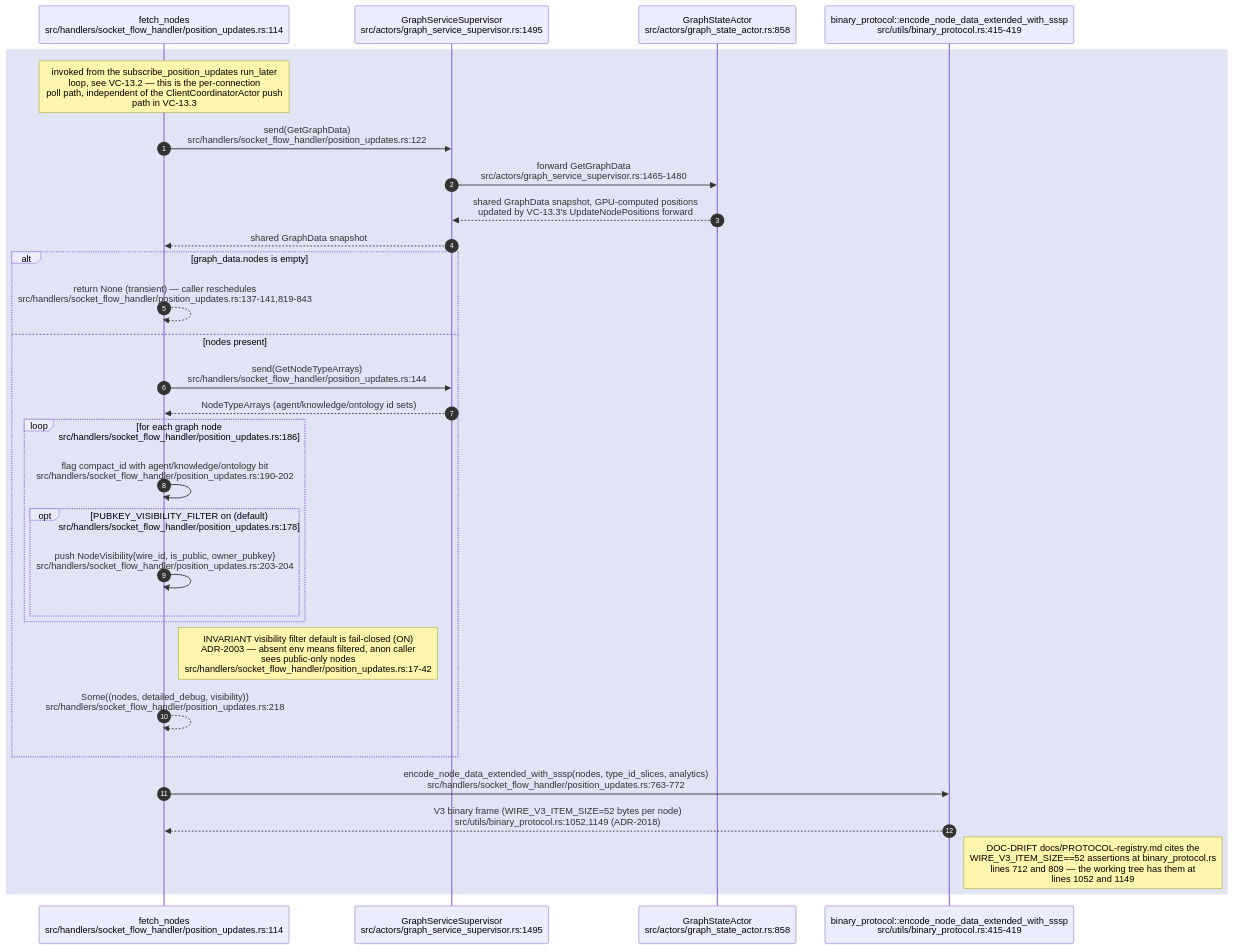
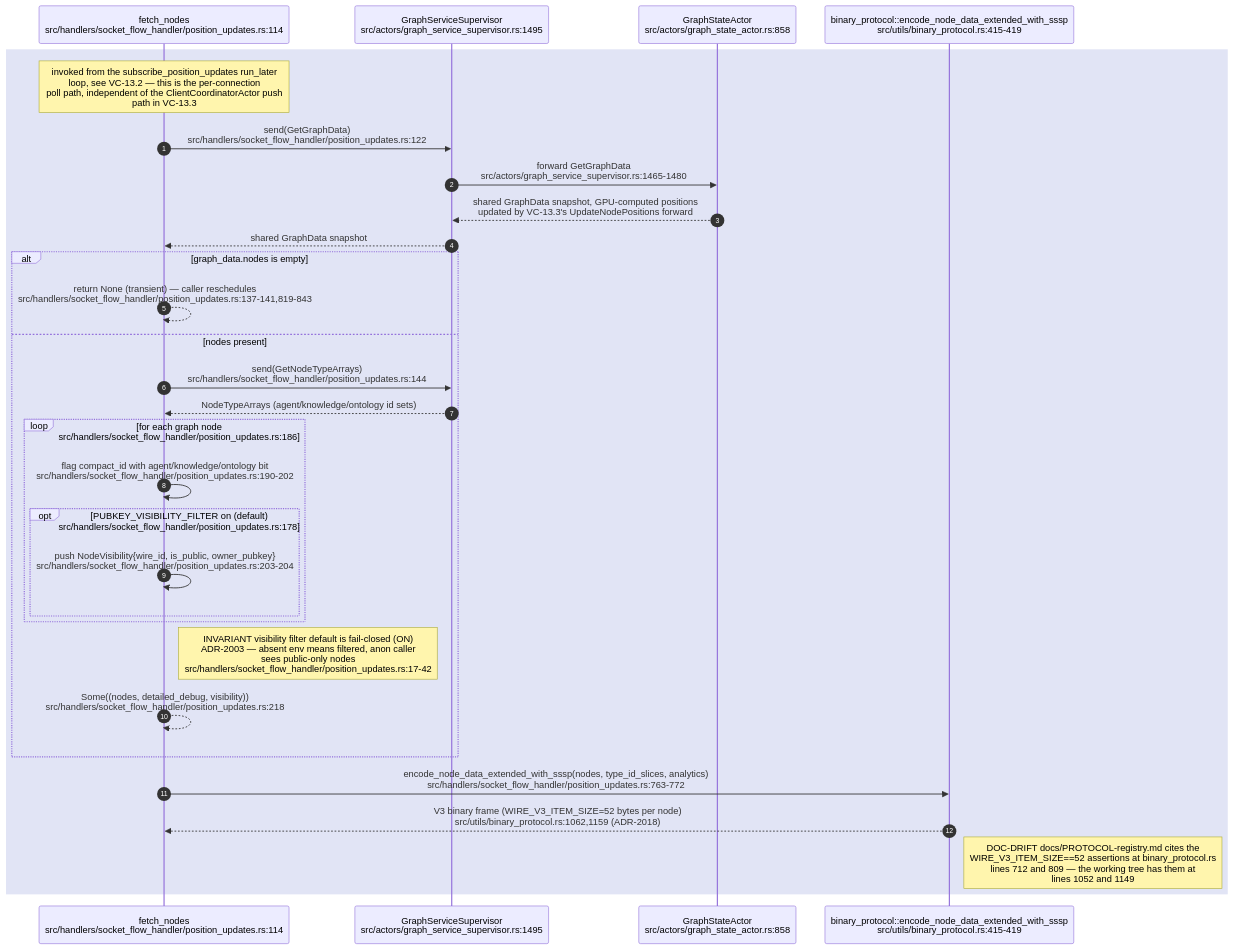
One commit to DreamLab-AI/VisionFlow changed the seventh of 8 diagrams in docs/diagrams/visionclaw/13-broadcast-pipeline-and-websocket.md. Above: the diagram before and after it, drawn with Mermaid. The commit also changed other lines of this file and 32 other files, not shown here.

````diff
--- a/docs/diagrams/visionclaw/13-broadcast-pipeline-and-websocket.md
+++ b/docs/diagrams/visionclaw/13-broadcast-pipeline-and-websocket.md
@@ -381,33 +381,33 @@
 ```mermaid
 sequenceDiagram
     autonumber
     participant PU as fetch_nodes<br/>src/handlers/socket_flow_handler/position_updates.rs:114
     participant GSS as GraphServiceSupervisor<br/>src/actors/graph_service_supervisor.rs:1495
     participant GSA as GraphStateActor<br/>src/actors/graph_state_actor.rs:858
     participant BIN as binary_protocol::encode_node_data_extended_with_sssp<br/>src/utils/binary_protocol.rs:415-419
 
     rect rgb(225,228,245)
     Note over PU: invoked from the subscribe_position_updates run_later<br/>loop, see VC-13.2 — this is the per-connection<br/>poll path, independent of the ClientCoordinatorActor push<br/>path in VC-13.3
     PU->>GSS: send(GetGraphData)<br/>src/handlers/socket_flow_handler/position_updates.rs:122
     GSS->>GSA: forward GetGraphData<br/>src/actors/graph_service_supervisor.rs:1465-1480
     GSA-->>GSS: shared GraphData snapshot, GPU-computed positions<br/>updated by VC-13.3's UpdateNodePositions forward
     GSS-->>PU: shared GraphData snapshot
     alt graph_data.nodes is empty
         PU-->>PU: return None (transient) — caller reschedules<br/>src/handlers/socket_flow_handler/position_updates.rs:137-141,819-843
     else nodes present
         PU->>GSS: send(GetNodeTypeArrays)<br/>src/handlers/socket_flow_handler/position_updates.rs:144
         GSS-->>PU: NodeTypeArrays (agent/knowledge/ontology id sets)
         loop for each graph node<br/>src/handlers/socket_flow_handler/position_updates.rs:186
             PU->>PU: flag compact_id with agent/knowledge/ontology bit<br/>src/handlers/socket_flow_handler/position_updates.rs:190-202
             opt PUBKEY_VISIBILITY_FILTER on (default)<br/>src/handlers/socket_flow_handler/position_updates.rs:178
                 PU->>PU: push NodeVisibility{wire_id, is_public, owner_pubkey}<br/>src/handlers/socket_flow_handler/position_updates.rs:203-204
             end
         end
         Note right of PU: INVARIANT visibility filter default is fail-closed (ON)<br/>ADR-2003 — absent env means filtered, anon caller<br/>sees public-only nodes<br/>src/handlers/socket_flow_handler/position_updates.rs:17-42
         PU-->>PU: Some((nodes, detailed_debug, visibility))<br/>src/handlers/socket_flow_handler/position_updates.rs:218
     end
     PU->>BIN: encode_node_data_extended_with_sssp(nodes, type_id_slices, analytics)<br/>src/handlers/socket_flow_handler/position_updates.rs:763-772
-    BIN-->>PU: V3 binary frame (WIRE_V3_ITEM_SIZE=52 bytes per node)<br/>src/utils/binary_protocol.rs:1052,1149 (ADR-2018)
+    BIN-->>PU: V3 binary frame (WIRE_V3_ITEM_SIZE=52 bytes per node)<br/>src/utils/binary_protocol.rs:1062,1159 (ADR-2018)
     Note right of BIN: DOC-DRIFT docs/PROTOCOL-registry.md cites the<br/>WIRE_V3_ITEM_SIZE==52 assertions at binary_protocol.rs<br/>lines 712 and 809 — the working tree has them at<br/>lines 1052 and 1149
     end
 ```
````
